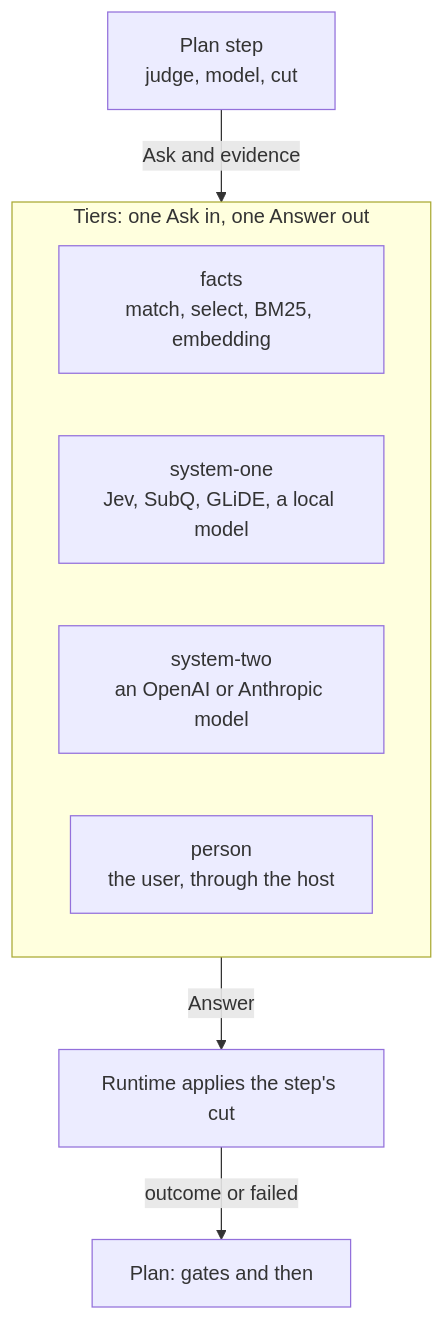
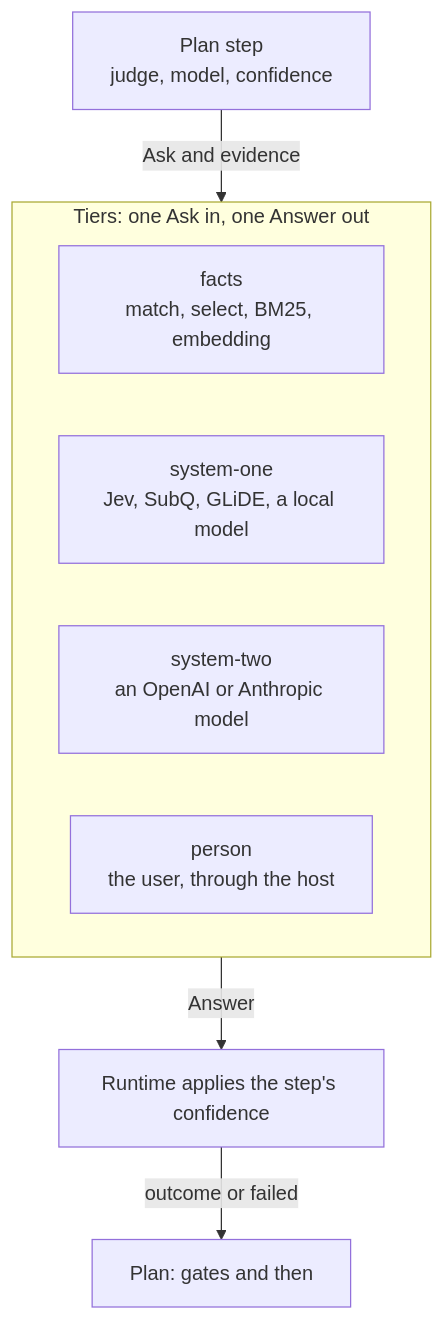
One commit to StevenJPx2/chauffeur changed the sixth of 7 diagrams in docs/plans/pluggability.md. Above: the diagram before and after it, drawn with Mermaid. The commit also changed other lines of this file, not shown here.

First line of the commit message:
docs(plans): confidence replaces cut; scale questions

````diff
--- a/docs/plans/pluggability.md
+++ b/docs/plans/pluggability.md
@@ -251,12 +251,12 @@
 ```mermaid
 flowchart TB
-    Step["Plan step<br/>judge, model, cut"] -- "Ask and evidence" --> Tiers
+    Step["Plan step<br/>judge, model, confidence"] -- "Ask and evidence" --> Tiers
     subgraph Tiers["Tiers: one Ask in, one Answer out"]
         Facts["facts<br/>match, select, BM25, embedding"]
         S1["system-one<br/>Jev, SubQ, GLiDE, a local model"]
         S2["system-two<br/>an OpenAI or Anthropic model"]
         Person["person<br/>the user, through the host"]
     end
-    Tiers -- "Answer" --> Cut["Runtime applies the step's cut"]
-    Cut -- "outcome or failed" --> Plan["Plan: gates and then"]
+    Tiers -- "Answer" --> Confidence["Runtime applies the step's confidence"]
+    Confidence -- "outcome or failed" --> Plan["Plan: gates and then"]
 ```
````
